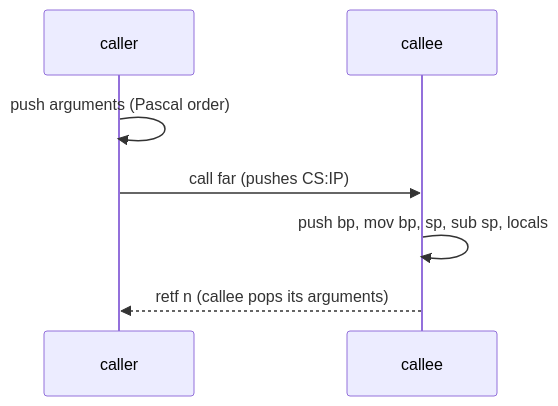
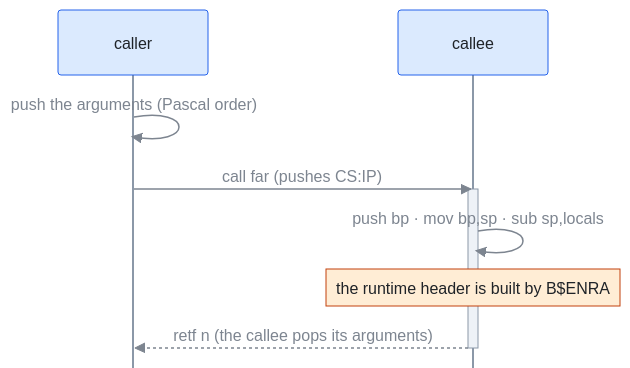
One commit to ali-mosavian/llrm changed the fourth of 5 diagrams in docs/working/mermaid-trial.md. Above: the diagram before and after it, drawn with Mermaid. The commit also changed other lines of this file, not shown here.

Commit message:
docs: the mermaid trial gets one shared style, a block diagram for the stack and spacing for the timeline

````diff
--- a/docs/working/mermaid-trial.md
+++ b/docs/working/mermaid-trial.md
@@ -65,9 +99,13 @@
 ```mermaid
+%%{init: {'theme':'base','themeVariables':{'fontFamily':'Segoe UI, Helvetica Neue, Arial, DejaVu Sans, sans-serif','fontSize':'14px','actorBkg':'#dbeafe','actorBorder':'#2563eb','actorTextColor':'#1f2328','actorLineColor':'#8b98a8','signalColor':'#7d8590','signalTextColor':'#7d8590','noteBkgColor':'#ffedd5','noteBorderColor':'#c2410c','noteTextColor':'#1f2328','activationBkgColor':'#eef2f7','activationBorderColor':'#8b98a8'},'sequence':{'mirrorActors':false,'messageAlign':'center','actorMargin':60,'boxMargin':8}}}%%
 sequenceDiagram
   participant C as caller
   participant F as callee
-  C->>C: push arguments (Pascal order)
+  C->>C: push the arguments (Pascal order)
   C->>F: call far (pushes CS:IP)
-  F->>F: push bp, mov bp, sp, sub sp, locals
-  F-->>C: retf n (callee pops its arguments)
+  activate F
+  F->>F: push bp · mov bp,sp · sub sp,locals
+  Note over F: the runtime header is built by B$ENRA
+  F-->>C: retf n (the callee pops its arguments)
+  deactivate F
 ```
````
